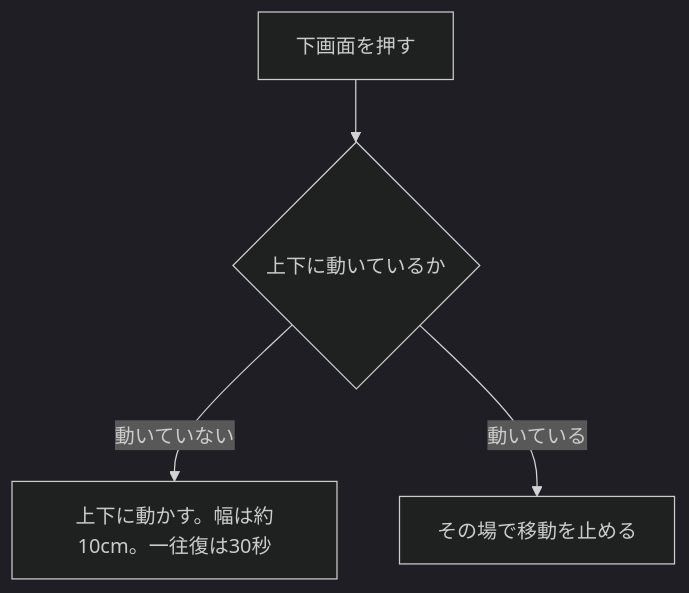
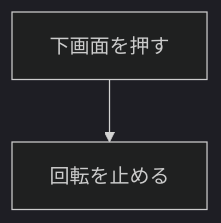
The seventh of 9 diagrams in spinner/ドキュメント/ユースケース.md (pfgnsb/hand-spinner), drawn with Mermaid (dark theme) before and after one commit. The commit also changed other lines of this file and 7 other files, not shown here.

````diff
--- a/spinner/ドキュメント/ユースケース.md
+++ b/spinner/ドキュメント/ユースケース.md
@@ -152,6 +146,4 @@
 ```mermaid
 flowchart TD
-  a[下画面を押す] --> b{上下に動いているか}
-  b -->|動いていない| c["上下に動かす。幅は約10cm。一往復は30秒"]
-  b -->|動いている| d[その場で移動を止める]
+  a[下画面を押す] --> b[回転を止める]
 ```
````
